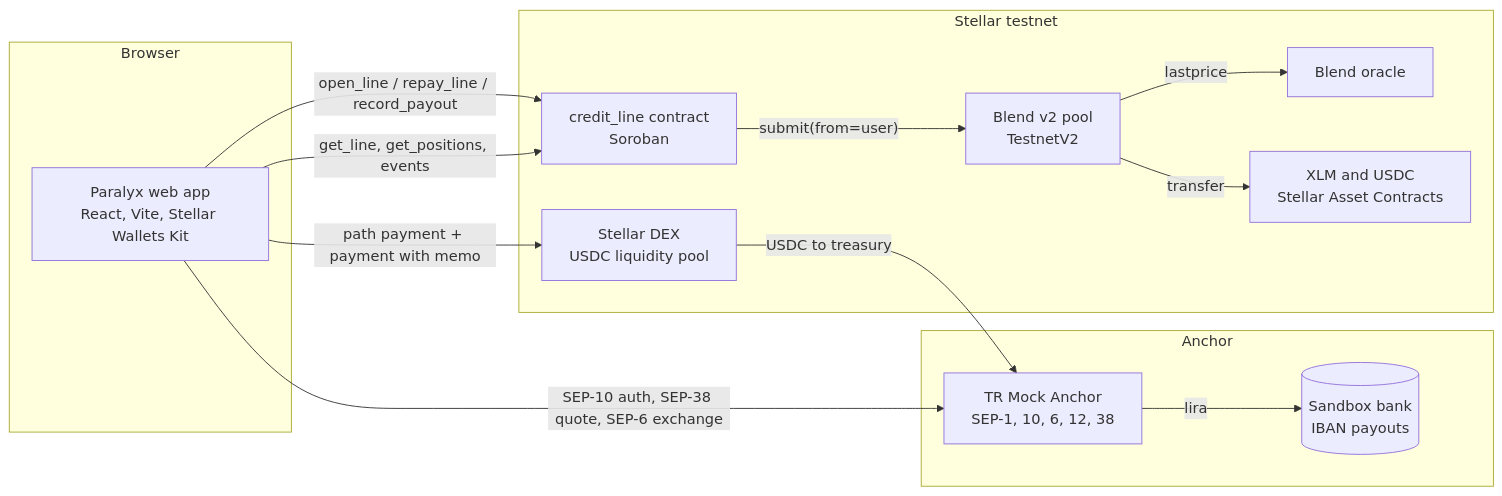
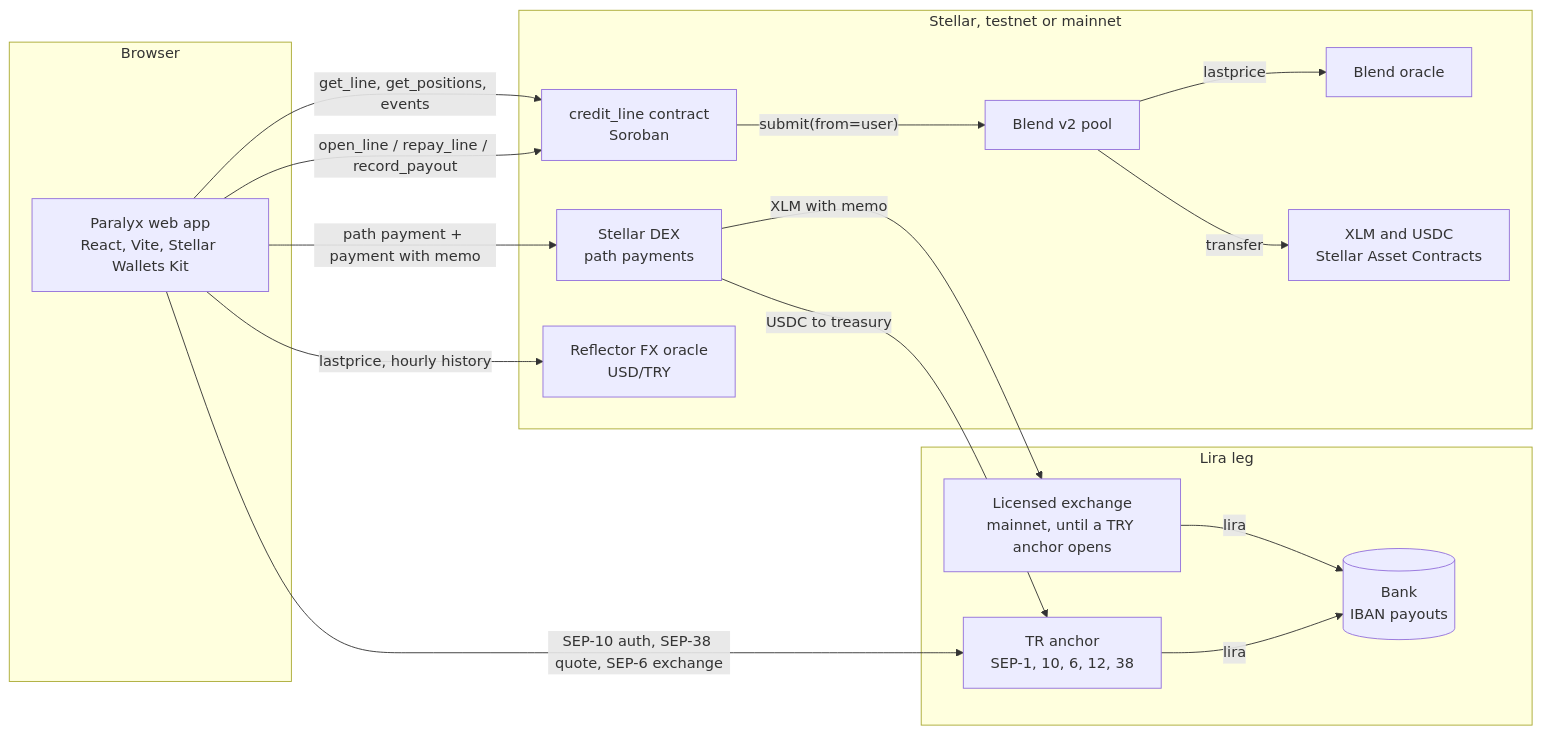
Before and after one commit to wienerlabs/paralyx: the first of 2 diagrams in README.md, drawn with Mermaid. The commit also changed other lines of this file and 3 other files, not shown here.

````diff
--- a/README.md
+++ b/README.md
@@ -32,26 +79,31 @@
 ```mermaid
 flowchart LR
   subgraph Browser
     UI[Paralyx web app<br/>React, Vite, Stellar Wallets Kit]
   end
-  subgraph Stellar testnet
+  subgraph Stellar[Stellar, testnet or mainnet]
     CL[credit_line contract<br/>Soroban]
-    BP[Blend v2 pool<br/>TestnetV2]
+    BP[Blend v2 pool]
     OR[Blend oracle]
-    DEX[Stellar DEX<br/>USDC liquidity pool]
+    DEX[Stellar DEX<br/>path payments]
     SAC[XLM and USDC<br/>Stellar Asset Contracts]
+    RF[Reflector FX oracle<br/>USD/TRY]
   end
-  subgraph Anchor
-    AN[TR Mock Anchor<br/>SEP-1, 10, 6, 12, 38]
-    BANK[(Sandbox bank<br/>IBAN payouts)]
+  subgraph Lira[Lira leg]
+    AN[TR anchor<br/>SEP-1, 10, 6, 12, 38]
+    BANK[(Bank<br/>IBAN payouts)]
+    EX[Licensed exchange<br/>mainnet, until a TRY anchor opens]
   end
   UI -- open_line / repay_line / record_payout --> CL
   CL -- submit(from=user) --> BP
   BP -- lastprice --> OR
   BP -- transfer --> SAC
+  UI -- lastprice, hourly history --> RF
   UI -- SEP-10 auth, SEP-38 quote, SEP-6 exchange --> AN
   UI -- path payment + payment with memo --> DEX
   DEX -- USDC to treasury --> AN
+  DEX -- XLM with memo --> EX
   AN -- lira --> BANK
+  EX -- lira --> BANK
   UI -- get_line, get_positions, events --> CL
 ```
````
